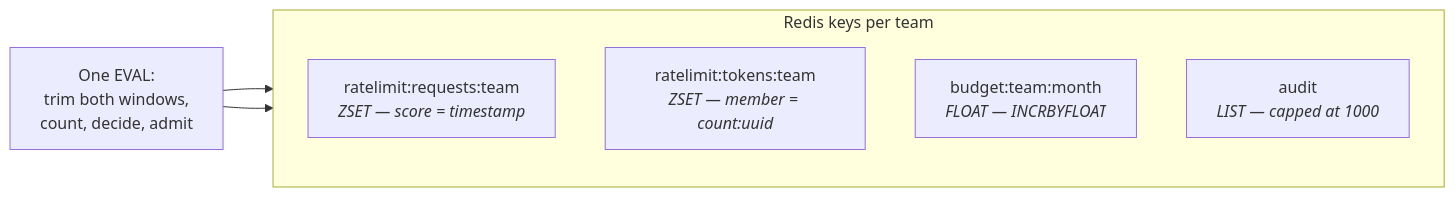
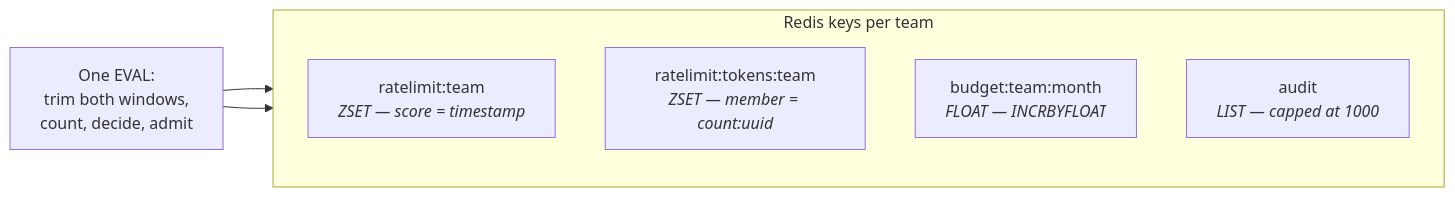
The fourth of 6 diagrams in docs/ARCHITECTURE.md (Ritvik2209/llm-gateway), drawn with Mermaid before and after one commit. The commit also changed other lines of this file and 1 other file, not shown here.

````diff
--- a/docs/ARCHITECTURE.md
+++ b/docs/ARCHITECTURE.md
@@ -182,13 +186,13 @@
 ```mermaid
 flowchart LR
   subgraph K ["Redis keys per team"]
     direction TB
-    K1["ratelimit:requests:team<br/><i>ZSET — score = timestamp</i>"]
+    K1["ratelimit:team<br/><i>ZSET — score = timestamp</i>"]
     K2["ratelimit:tokens:team<br/><i>ZSET — member = count:uuid</i>"]
     K3["budget:team:month<br/><i>FLOAT — INCRBYFLOAT</i>"]
     K4["audit<br/><i>LIST — capped at 1000</i>"]
   end
 
   L["One EVAL:<br/>trim both windows,<br/>count, decide, admit"] --> K1
   L --> K2
 ```
````
